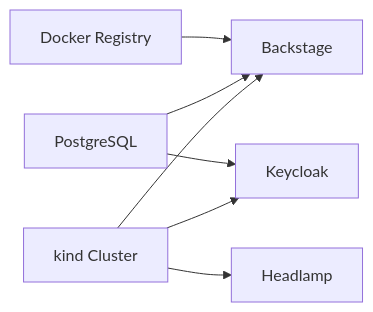
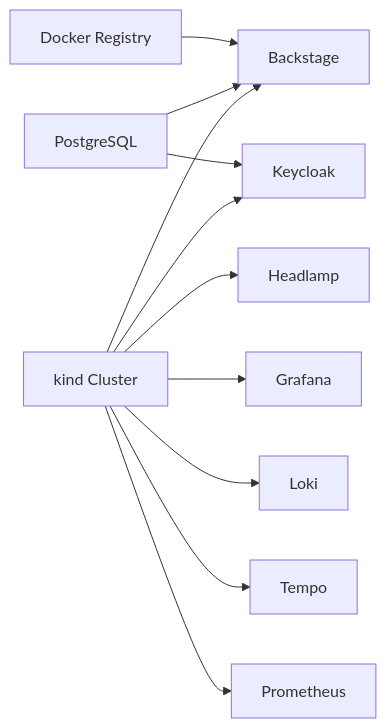
One commit to medimohammadise/elegant-infra-engine changed the third of 3 diagrams in README.md. Above: the diagram before and after it, drawn with Mermaid. The commit also changed other lines of this file and 15 other files, not shown here.

````diff
--- a/README.md
+++ b/README.md
@@ -82,9 +87,13 @@
 ```mermaid
 flowchart LR
   Registry["Docker Registry"] --> BackstageApp["Backstage"]
   PostgresDb["PostgreSQL"] --> BackstageApp
   PostgresDb --> KeycloakApp["Keycloak"]
   KindCluster["kind Cluster"] --> BackstageApp
   KindCluster --> HeadlampUi["Headlamp"]
   KindCluster --> KeycloakApp
+  KindCluster --> GrafanaApp["Grafana"]
+  KindCluster --> LokiApp["Loki"]
+  KindCluster --> TempoApp["Tempo"]
+  KindCluster --> PrometheusApp["Prometheus"]
 ```
````
